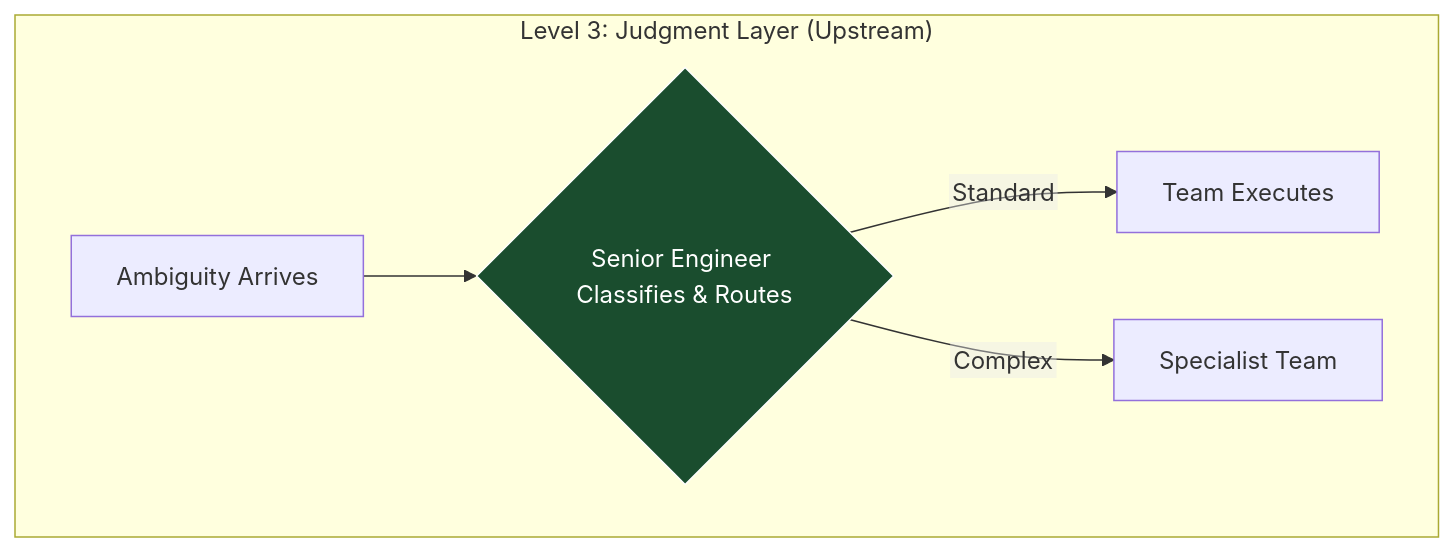
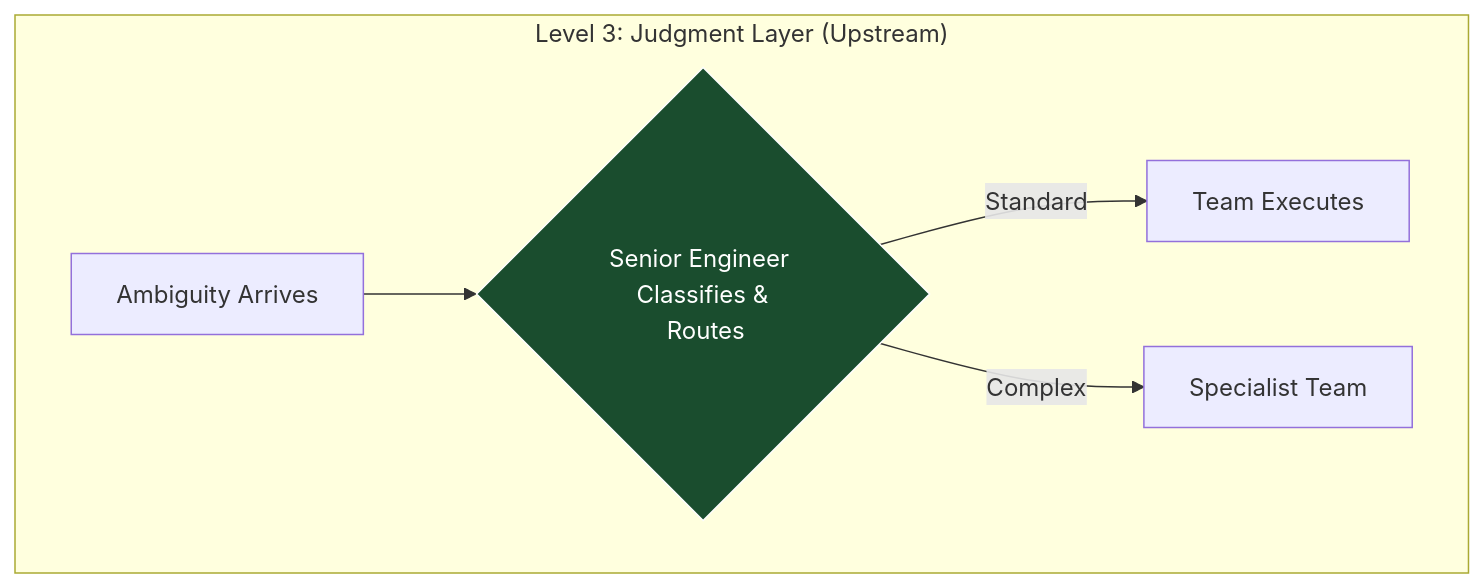
One commit to Shelbournator/thoughts changed the third of 3 diagrams in _posts/2026-04-29-the-attending-architect.md. Above: the diagram before and after it, drawn with Mermaid. The commit also changed other lines of this file, not shown here.

````diff
--- a/_posts/2026-04-29-the-attending-architect.md
+++ b/_posts/2026-04-29-the-attending-architect.md
@@ -117,11 +115,10 @@
 ```mermaid
-%%{init: {"flowchart": {"htmlLabels": false}} }%%
 graph TD
     subgraph "Level 3: Judgment Layer (Upstream)"
-        J1["Ambiguity Arrives"] --> J2{"Senior Engineer Classifies & Routes"}
+        J1["Ambiguity Arrives"] --> J2{"Senior Engineer Classifies &<br> Routes"}
         J2 -->|Standard| J3["Team Executes"]
         J2 -->|Complex| J4["Specialist Team"]
     end
 
     style J2 fill:#1a4d2e,stroke:#fff,color:#fff
 ```
````
